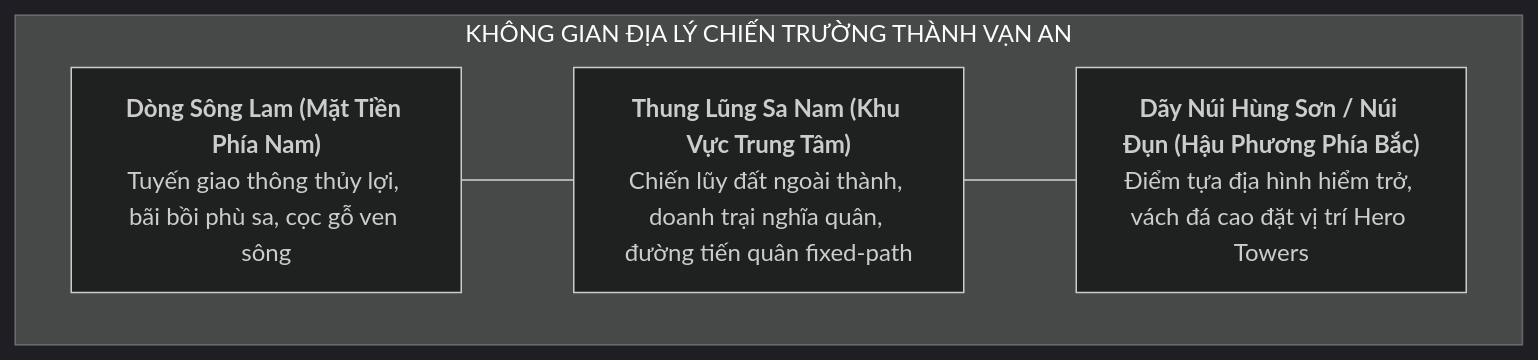
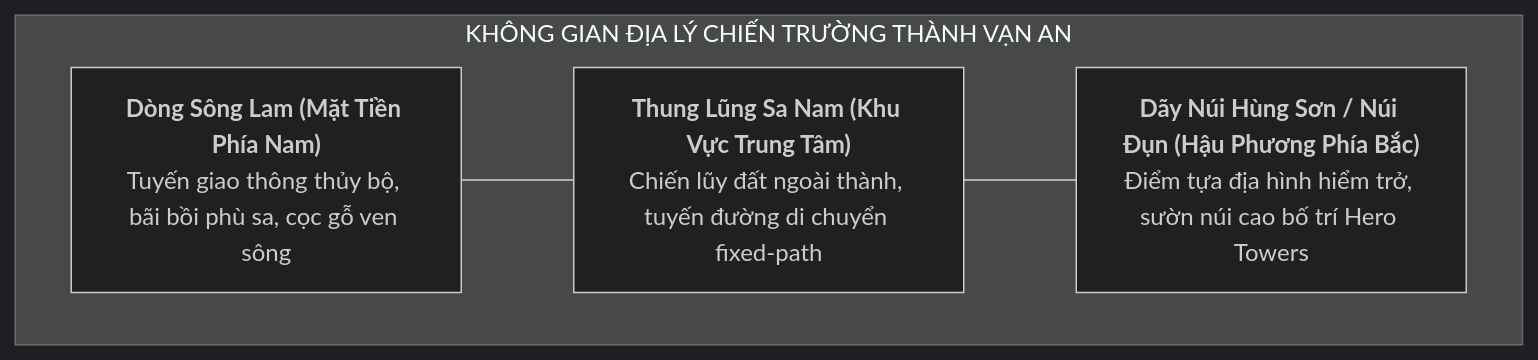
Before and after one commit to LightDucan/HuyenSu-TD: the diagram in docs/drafts/viet-su/mai-thuc-loan/chapter-direction.md, drawn with Mermaid (dark theme). The commit also changed other lines of this file and 2 other files, not shown here.

````diff
--- a/docs/drafts/viet-su/mai-thuc-loan/chapter-direction.md
+++ b/docs/drafts/viet-su/mai-thuc-loan/chapter-direction.md
@@ -19,11 +19,11 @@
 ```mermaid
 graph TD
     subgraph KHÔNG GIAN ĐỊA LÝ CHIẾN TRƯỜNG THÀNH VẠN AN
-        M1["<b>Dòng Sông Lam (Mặt Tiền Phía Nam)</b><br>Tuyến giao thông thủy lợi, bãi bồi phù sa, cọc gỗ ven sông"]
-        M2["<b>Thung Lũng Sa Nam (Khu Vực Trung Tâm)</b><br>Chiến lũy đất ngoài thành, doanh trại nghĩa quân, đường tiến quân fixed-path"]
-        M3["<b>Dãy Núi Hùng Sơn / Núi Đụn (Hậu Phương Phía Bắc)</b><br>Điểm tựa địa hình hiểm trở, vách đá cao đặt vị trí Hero Towers"]
+        M1["<b>Dòng Sông Lam (Mặt Tiền Phía Nam)</b><br>Tuyến giao thông thủy bộ, bãi bồi phù sa, cọc gỗ ven sông"]
+        M2["<b>Thung Lũng Sa Nam (Khu Vực Trung Tâm)</b><br>Chiến lũy đất ngoài thành, tuyến đường di chuyển fixed-path"]
+        M3["<b>Dãy Núi Hùng Sơn / Núi Đụn (Hậu Phương Phía Bắc)</b><br>Điểm tựa địa hình hiểm trở, sườn núi cao bố trí Hero Towers"]
 
         M1 --- M2
         M2 --- M3
     end
 ```
````
